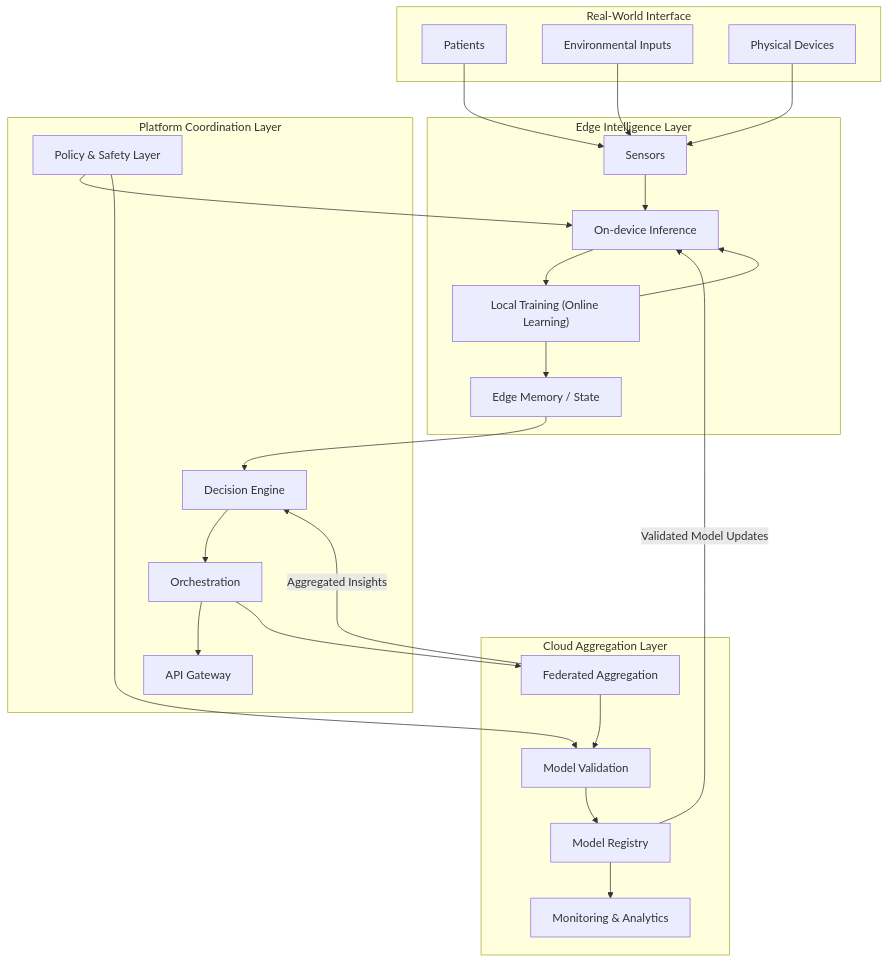
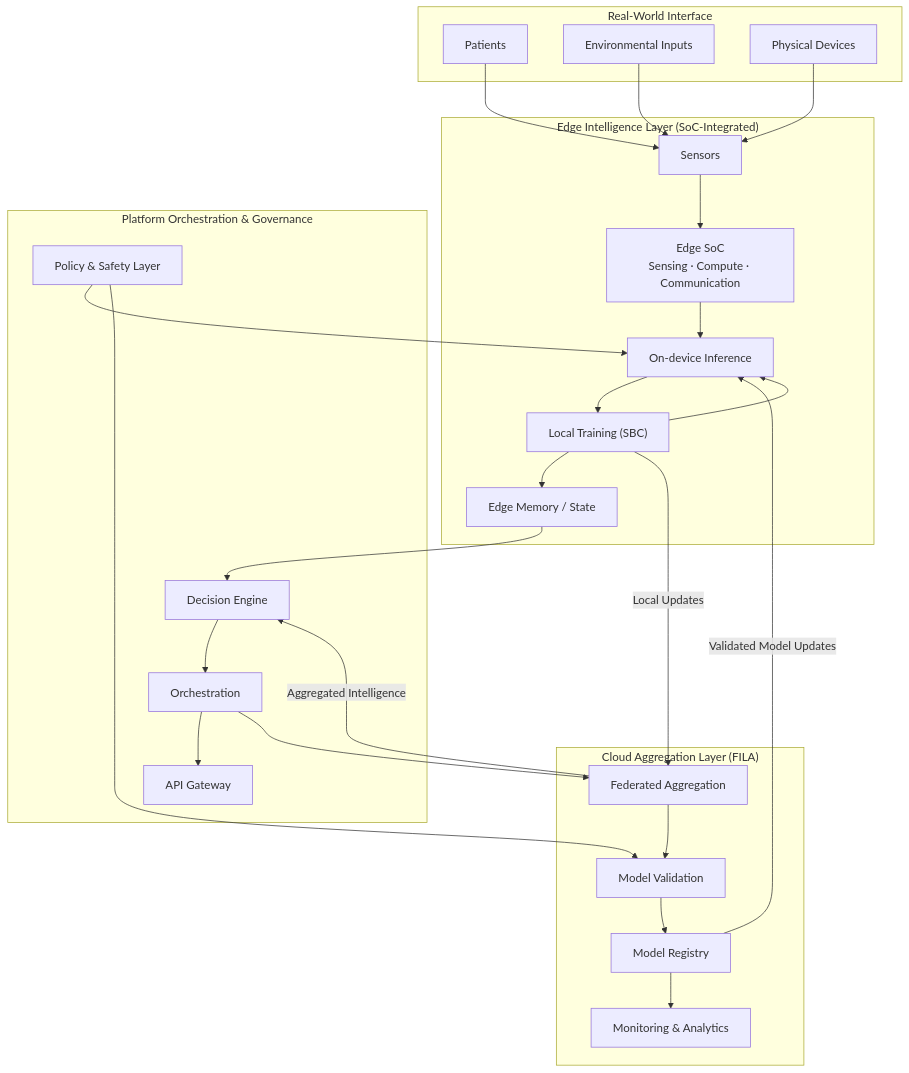
One commit to peachbotAI/.github changed the diagram in profile/README.md. Above: the diagram before and after it, drawn with Mermaid. The commit also changed other lines of this file, not shown here.

````diff
--- a/profile/README.md
+++ b/profile/README.md
@@ -56,80 +89,82 @@
 ```mermaid
 flowchart TB
 
     %% ========================
     %% Interface Layer
     %% ========================
     subgraph Interface["Real-World Interface"]
         I1["Patients"]
         I2["Environmental Inputs"]
         I3["Physical Devices"]
     end
 
     %% ========================
-    %% Edge Layer (Core Intelligence)
+    %% Edge Layer (SoC + SBC)
     %% ========================
-    subgraph Edge["Edge Intelligence Layer"]
+    subgraph Edge["Edge Intelligence Layer (SoC-Integrated)"]
+        E0["Edge SoC<br/>Sensing · Compute · Communication"]
         E1["Sensors"]
         E2["On-device Inference"]
-        E3["Local Training (Online Learning)"]
+        E3["Local Training (SBC)"]
         E4["Edge Memory / State"]
     end
 
     %% ========================
-    %% Coordination Layer
+    %% Platform Layer (Governance)
     %% ========================
-    subgraph Platform["Platform Coordination Layer"]
+    subgraph Platform["Platform Orchestration & Governance"]
         P1["Decision Engine"]
         P2["Orchestration"]
         P3["Policy & Safety Layer"]
         P4["API Gateway"]
     end
 
     %% ========================
-    %% Cloud Layer (Non-centralized AI)
+    %% Cloud Layer (FILA)
     %% ========================
-    subgraph Cloud["Cloud Aggregation Layer"]
+    subgraph Cloud["Cloud Aggregation Layer (FILA)"]
         C1["Federated Aggregation"]
         C2["Model Validation"]
         C3["Model Registry"]
         C4["Monitoring & Analytics"]
     end
 
     %% ========================
     %% Primary Data Flow
     %% ========================
     I1 --> E1
     I2 --> E1
     I3 --> E1
 
-    E1 --> E2 --> E3 --> E4
+    E1 --> E0 --> E2 --> E3 --> E4
 
     %% Edge to Platform
     E4 --> P1
     P1 --> P2 --> P4
 
     %% Platform to Cloud
     P2 --> C1
     C1 --> C2 --> C3 --> C4
 
     %% ========================
-    %% Local Learning Loop (Biological Analogy)
+    %% Local Adaptive Learning (SBC Loop)
     %% ========================
     E3 --> E2
 
     %% ========================
-    %% Federated Feedback (Optional Sync)
+    %% Federated Learning Loop (FILA)
     %% ========================
-    C1 -->|"Aggregated Insights"| P1
+    E3 -->|"Local Updates"| C1
+    C1 -->|"Aggregated Intelligence"| P1
 
     %% ========================
     %% Controlled Model Downlink
     %% ========================
     C3 -->|"Validated Model Updates"| E2
 
     %% ========================
-    %% Safety / Governance Feedback
+    %% Governance & Safety Feedback
     %% ========================
     P3 --> E2
     P3 --> C2
 ``` 
````
